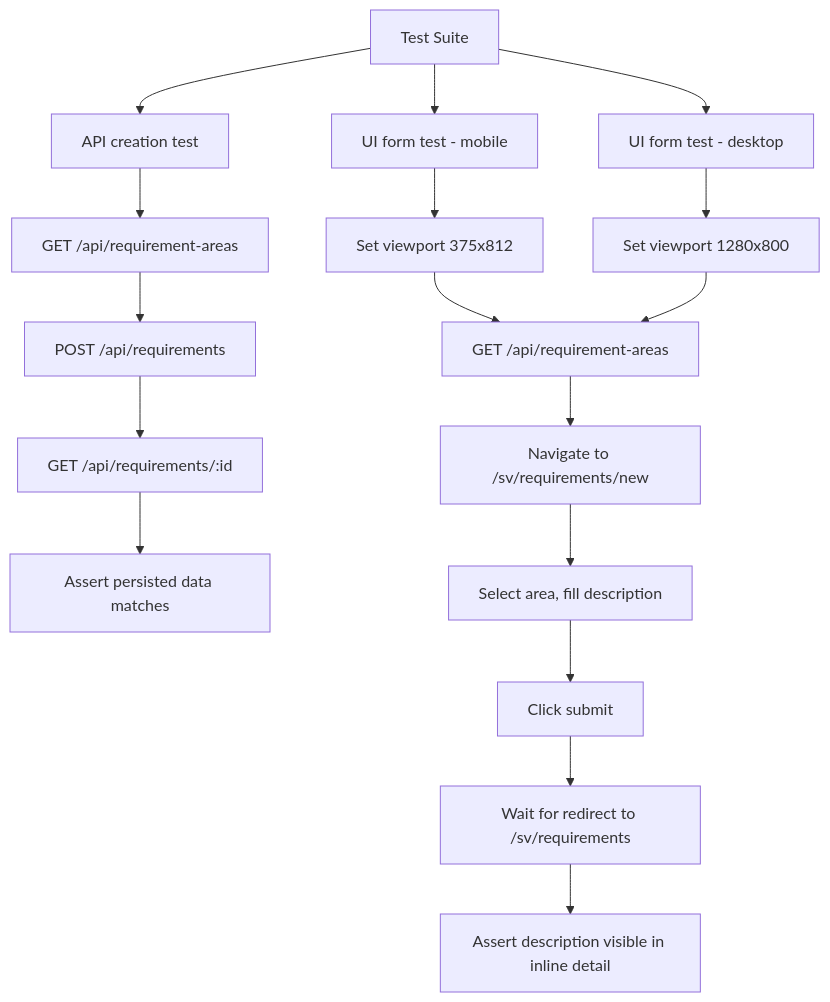
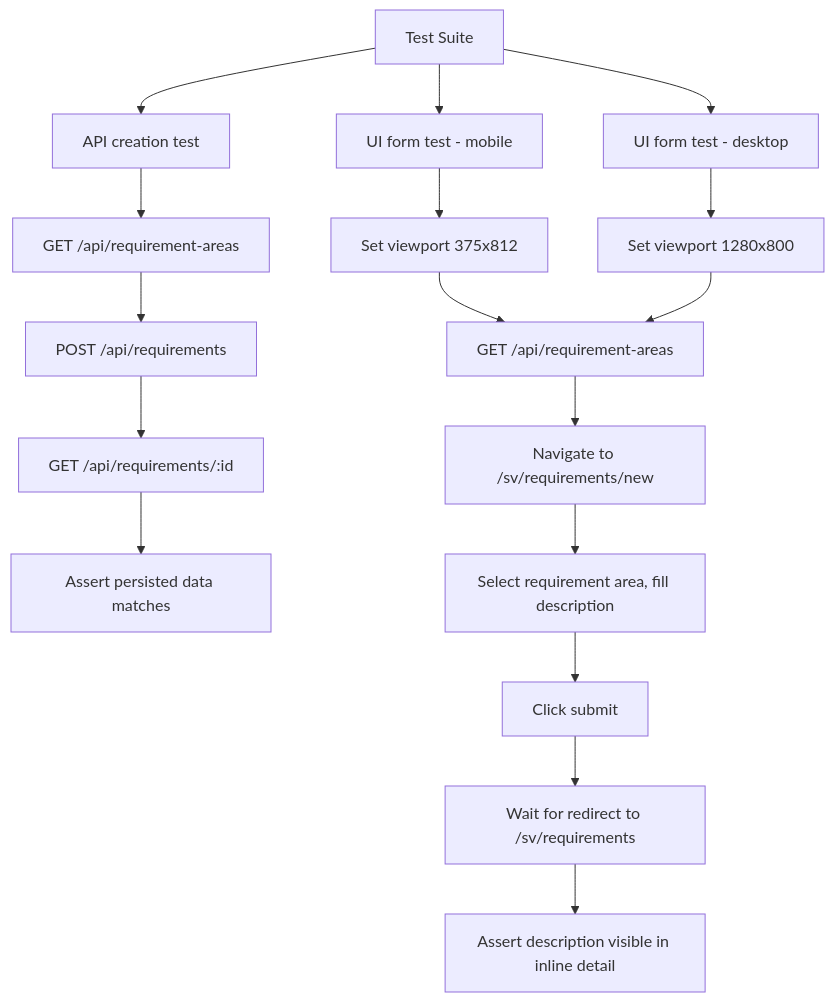
The first of 3 diagrams in tests/integration/requirement-create.md (viscalyx/Kravhantering), drawn with Mermaid before and after one commit. The commit also changed other lines of this file and 121 other files, not shown here.

````diff
--- a/tests/integration/requirement-create.md
+++ b/tests/integration/requirement-create.md
@@ -11,19 +11,19 @@
 ```mermaid
 flowchart TD
     A[Test Suite] --> B[API creation test]
     A --> C[UI form test - mobile]
     A --> D[UI form test - desktop]
     B --> B1[GET /api/requirement-areas]
     B1 --> B2[POST /api/requirements]
     B2 --> B3[GET /api/requirements/:id]
     B3 --> B4[Assert persisted data matches]
     C --> E1[Set viewport 375x812]
     D --> E2[Set viewport 1280x800]
     E1 --> F[GET /api/requirement-areas]
     E2 --> F
     F --> G[Navigate to /sv/requirements/new]
-    G --> H[Select area, fill description]
+    G --> H[Select requirement area, fill description]
     H --> I[Click submit]
     I --> J[Wait for redirect to /sv/requirements]
     J --> K[Assert description visible in inline detail]
 ```
````
